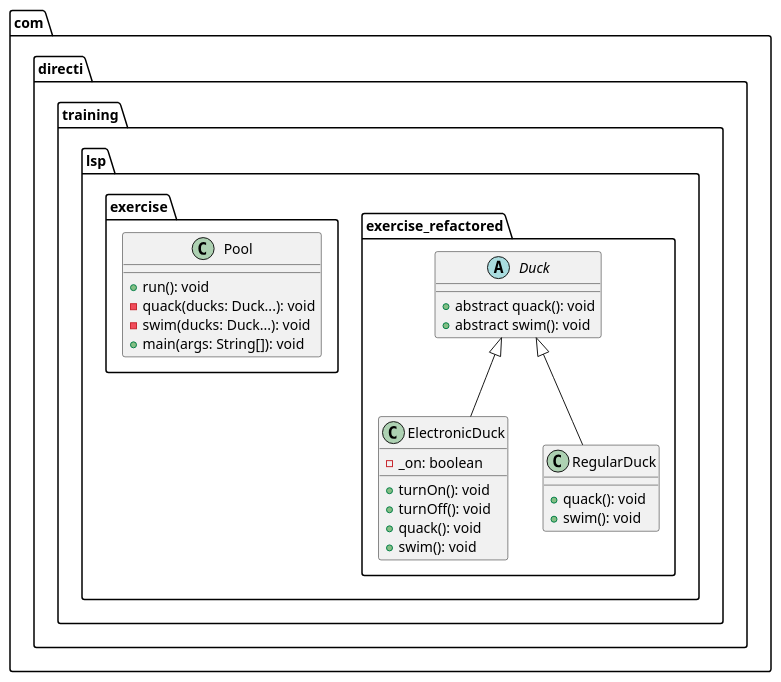
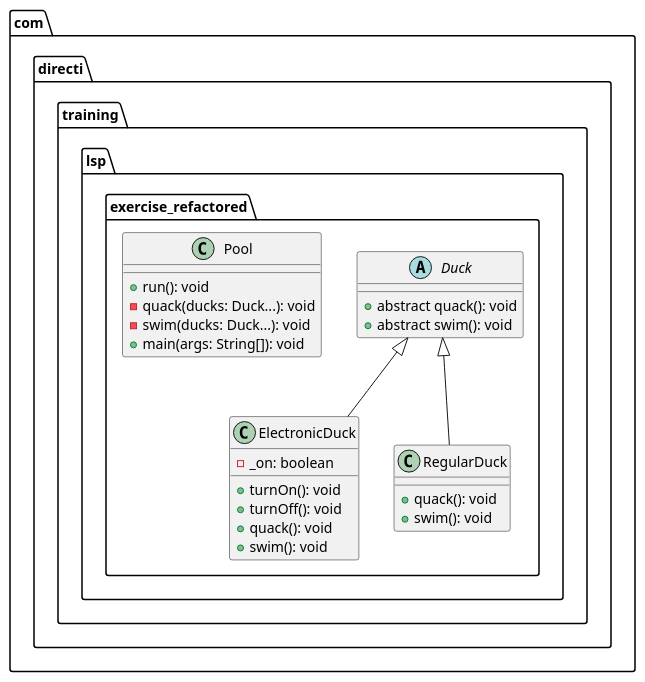
Before and after one commit to EyaRidene/TP_SOLID: the diagram in LSP/src/com/directi/training/lsp/exercise_refactored/UML/lsp.plantuml, drawn with PlantUML. The commit also changed 8 other files, not shown here.

```diff
--- a/LSP/src/com/directi/training/lsp/exercise_refactored/UML/lsp.plantuml
+++ b/LSP/src/com/directi/training/lsp/exercise_refactored/UML/lsp.plantuml
@@ -1,35 +1,33 @@
 @startuml
 
 package "com.directi.training.lsp.exercise_refactored" {
     abstract class Duck {
         + abstract quack(): void
         + abstract swim(): void
     }
 
     class ElectronicDuck {
         - _on: boolean
         + turnOn(): void
         + turnOff(): void
         + quack(): void
         + swim(): void
     }
 
     class RegularDuck {
         + quack(): void
         + swim(): void
     }
-}
 
-package "com.directi.training.lsp.exercise" {
     class Pool {
         + run(): void
         - quack(ducks: Duck...): void
         - swim(ducks: Duck...): void
         + main(args: String[]): void
     }
 }
 
 Duck <|-- ElectronicDuck
 Duck <|-- RegularDuck
 
 @enduml
```
